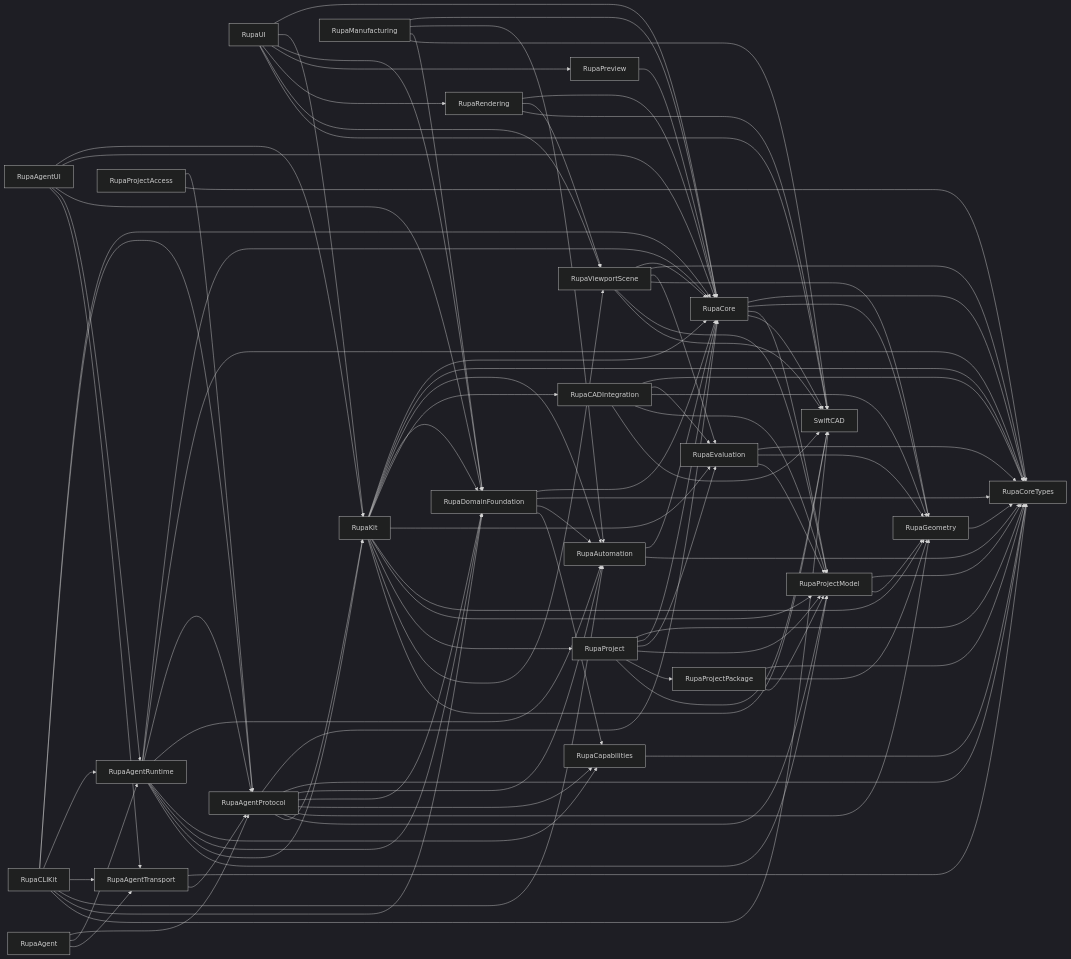
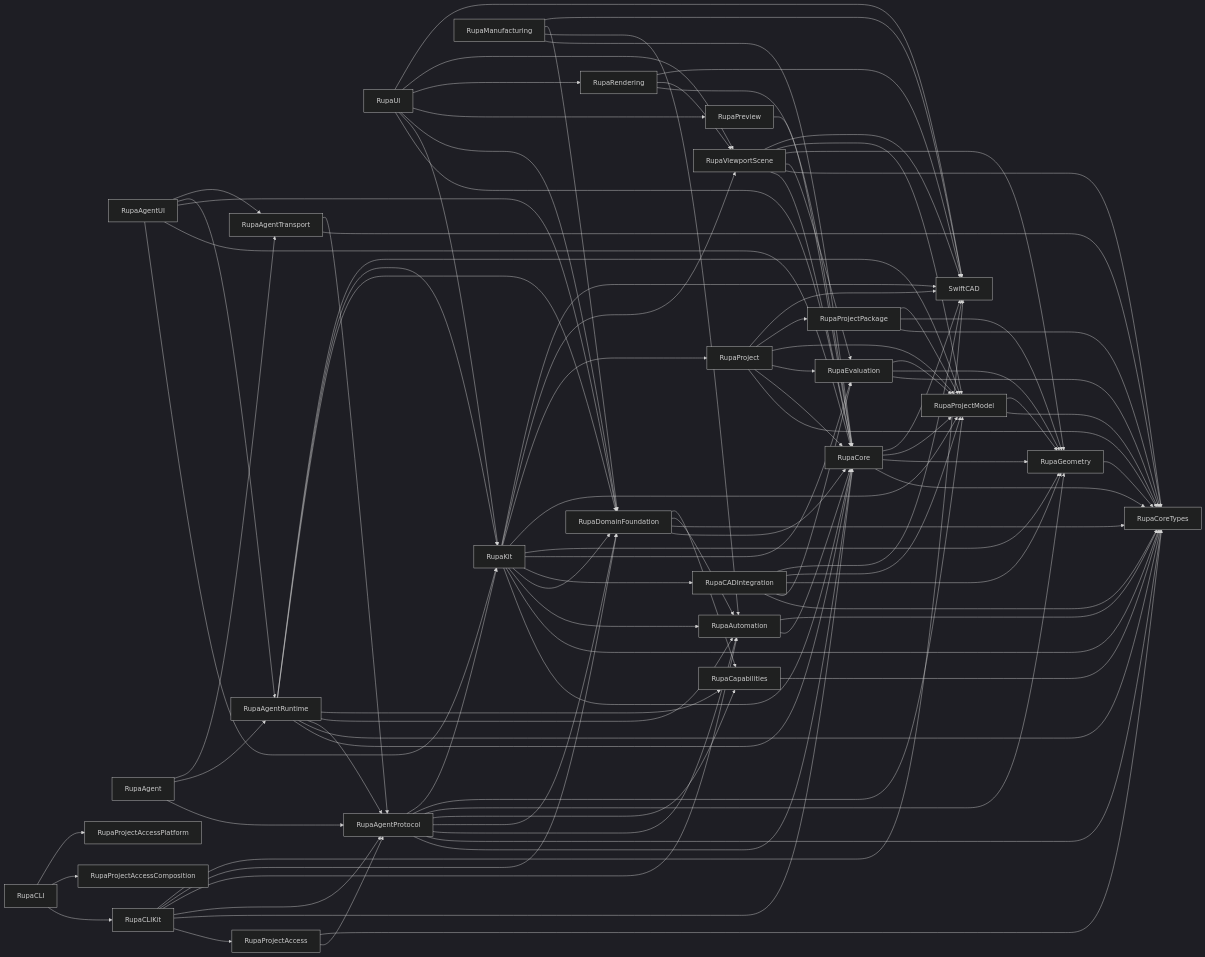
Before and after one commit to 1amageek/Rupa: the first of 3 diagrams in RupaKit/ARCHITECTURE.md, drawn with Mermaid (dark theme). The commit also changed other lines of this file and 114 other files, not shown here.

Commit message:
Route CLI through project access

````diff
--- a/RupaKit/ARCHITECTURE.md
+++ b/RupaKit/ARCHITECTURE.md
@@ -112,11 +114,13 @@
     Manufacturing --> Automation
     Manufacturing --> Domain
     Manufacturing --> SwiftCAD
-    CLI[RupaCLIKit] --> Core
+    CLI[RupaCLIKit] --> ProjectAccess
+    CLI --> Core
     CLI --> AgentProtocol
-    CLI --> AgentRuntime
-    CLI --> AgentTransport
     CLI --> Automation
     CLI --> Domain
     CLI --> SwiftCAD
+    Executable[RupaCLI] --> CLI
+    Executable --> AccessComposition[RupaProjectAccessComposition]
+    Executable --> AccessPlatform[RupaProjectAccessPlatform]
 ```
````
